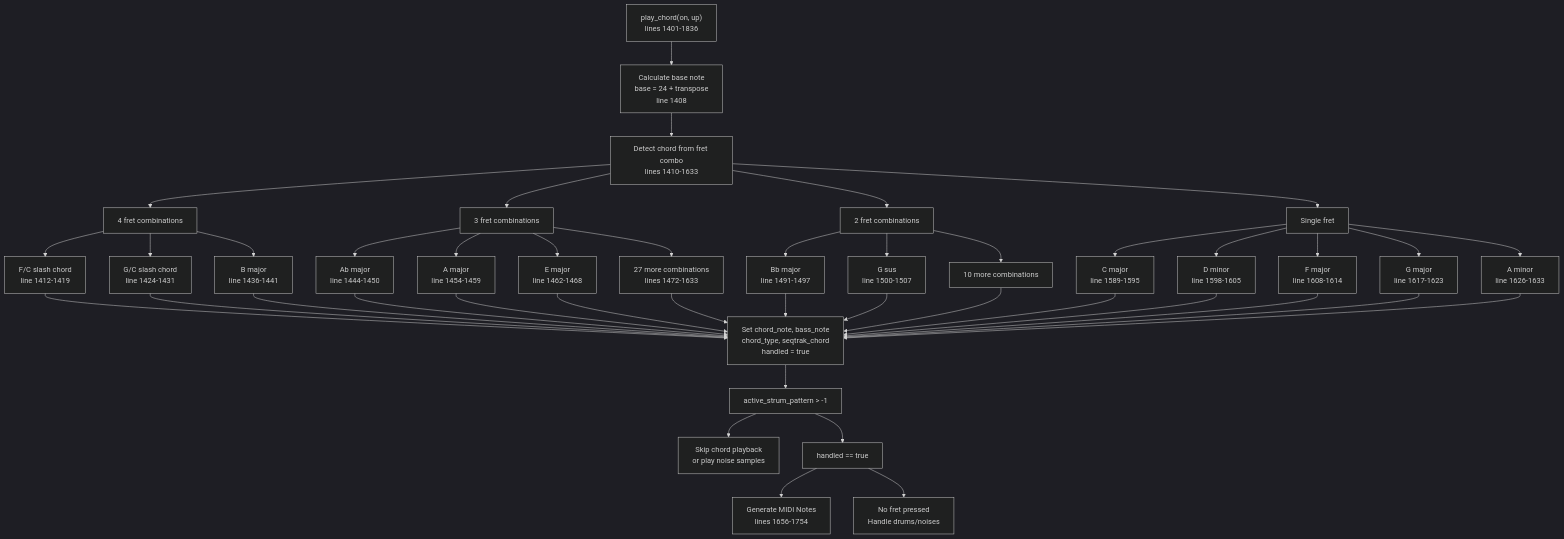
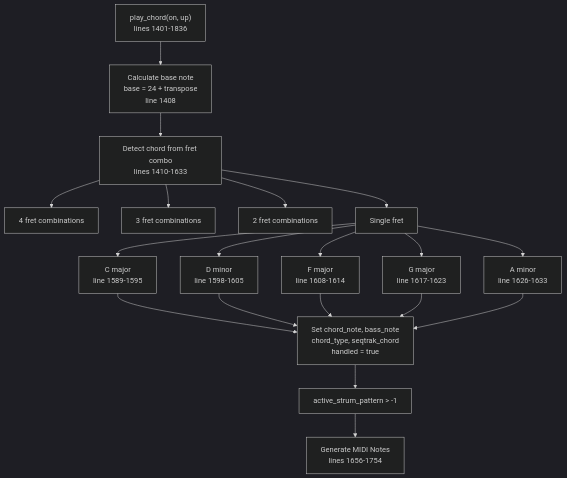
The sixth of 6 diagrams in wiki/4.2-hid-to-midi-translation.md (Jus-Be/orinayo-pico), drawn with Mermaid (dark theme) before and after one commit. The commit also changed other lines of this file and 42 other files, not shown here.

````diff
--- a/wiki/4.2-hid-to-midi-translation.md
+++ b/wiki/4.2-hid-to-midi-translation.md
@@ -396,74 +398,38 @@
 ```mermaid
 flowchart TD
 
 PlayChord["play_chord(on, up)<br>lines 1401-1836"]
 CalcBase["Calculate base note<br>base = 24 + transpose<br>line 1408"]
 DetectChord["Detect chord from fret combo<br>lines 1410-1633"]
 FourFret["4 fret combinations"]
 ThreeFret["3 fret combinations"]
 TwoFret["2 fret combinations"]
 OneFret["Single fret"]
-FoverC["F/C slash chord<br>line 1412-1419"]
-GoverC["G/C slash chord<br>line 1424-1431"]
-Bmaj["B major<br>line 1436-1441"]
-Ab["Ab major<br>line 1444-1450"]
-A["A major<br>line 1454-1459"]
-E["E major<br>line 1462-1468"]
-MoreThree["27 more combinations<br>lines 1472-1633"]
-Bb["Bb major<br>line 1491-1497"]
-Gsus["G sus<br>line 1500-1507"]
-MoreTwo["10 more combinations"]
 C["C major<br>line 1589-1595"]
 Dm["D minor<br>line 1598-1605"]
 F["F major<br>line 1608-1614"]
 G["G major<br>line 1617-1623"]
 Am["A minor<br>line 1626-1633"]
 SetVars["Set chord_note, bass_note<br>chord_type, seqtrak_chord<br>handled = true"]
 CheckPattern["active_strum_pattern > -1"]
-NoPattern["Skip chord playback<br>or play noise samples"]
-CheckHandled["handled == true"]
 GenerateNotes["Generate MIDI Notes<br>lines 1656-1754"]
-NoChord["No fret pressed<br>Handle drums/noises"]
 
 PlayChord --> CalcBase
 CalcBase --> DetectChord
 DetectChord --> FourFret
 DetectChord --> ThreeFret
 DetectChord --> TwoFret
 DetectChord --> OneFret
-FourFret --> FoverC
-FourFret --> GoverC
-FourFret --> Bmaj
-ThreeFret --> Ab
-ThreeFret --> A
-ThreeFret --> E
-ThreeFret --> MoreThree
-TwoFret --> Bb
-TwoFret --> Gsus
-TwoFret --> MoreTwo
 OneFret --> C
 OneFret --> Dm
 OneFret --> F
 OneFret --> G
 OneFret --> Am
-FoverC --> SetVars
-GoverC --> SetVars
-Bmaj --> SetVars
-Ab --> SetVars
-A --> SetVars
-E --> SetVars
-MoreThree --> SetVars
-Bb --> SetVars
-Gsus --> SetVars
-MoreTwo --> SetVars
 C --> SetVars
 Dm --> SetVars
 F --> SetVars
 G --> SetVars
 Am --> SetVars
 SetVars --> CheckPattern
-CheckPattern --> NoPattern
-CheckPattern --> CheckHandled
-CheckHandled --> GenerateNotes
-CheckHandled --> NoChord
+CheckPattern --> GenerateNotes
 ```
````
